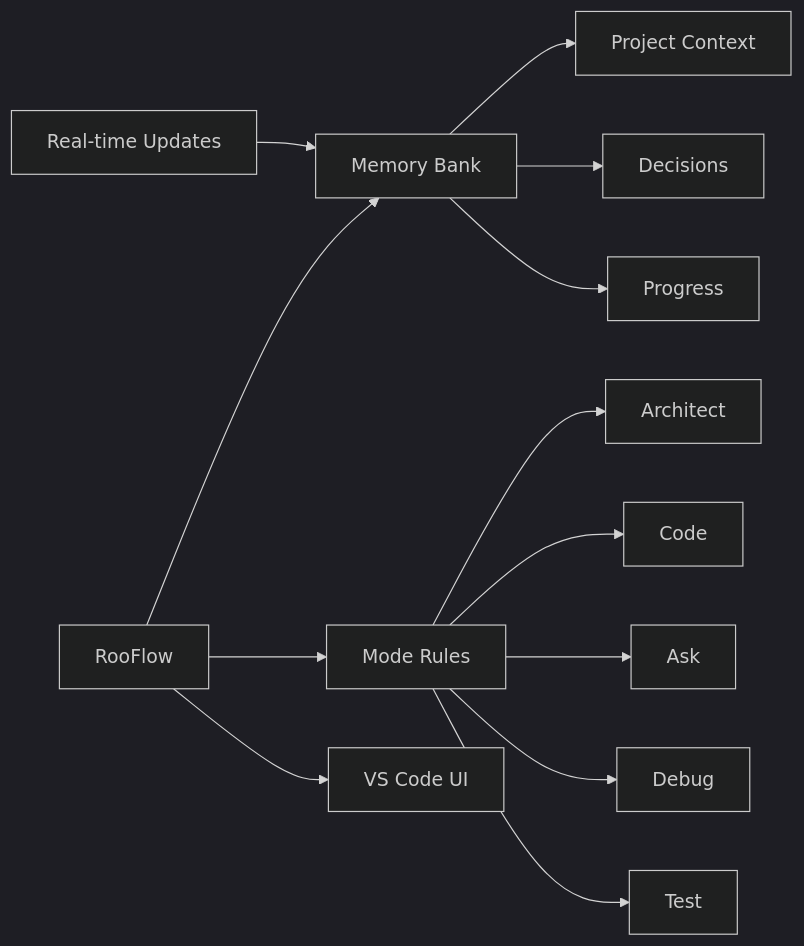
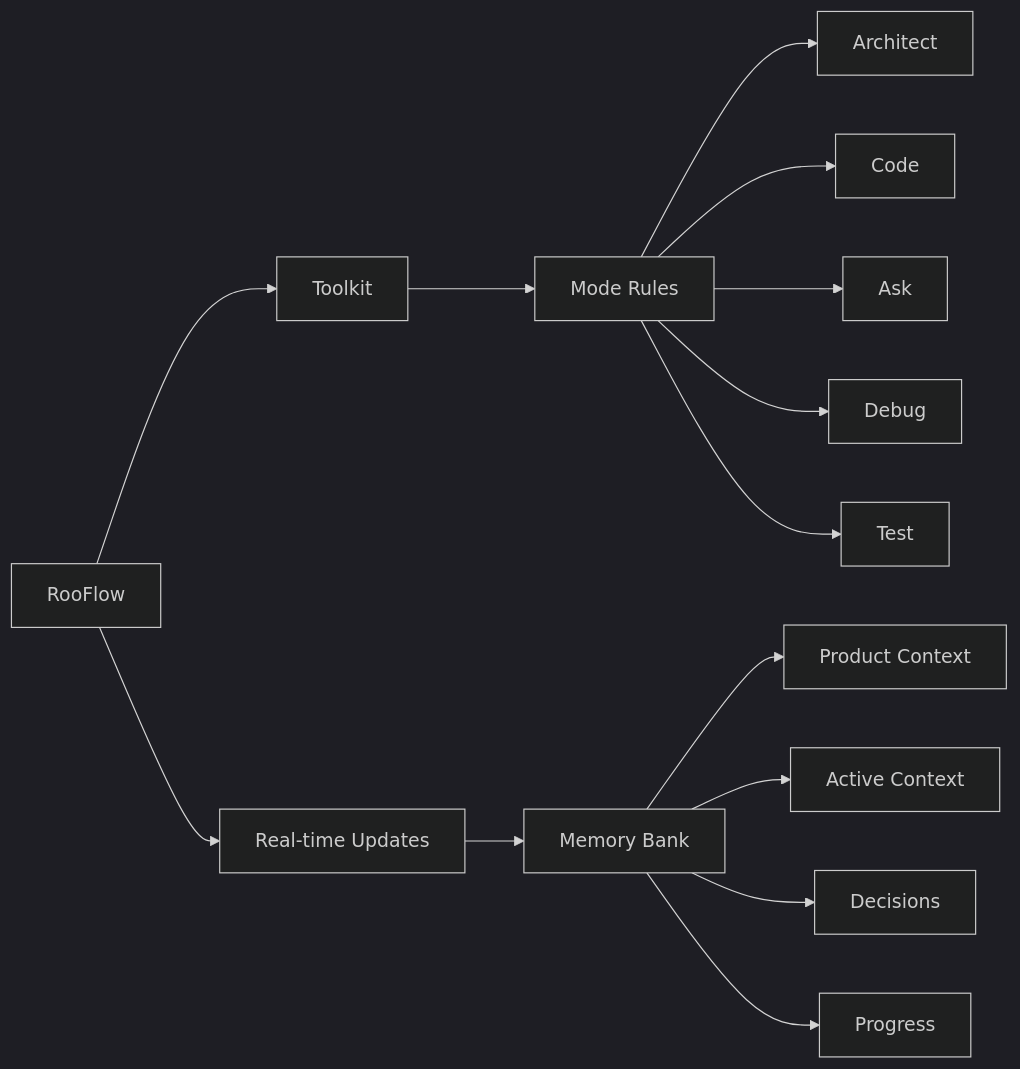
Before and after one commit to xlfish233/RooFlow: the diagram in README.md, drawn with Mermaid (dark theme). The commit also changed other lines of this file, not shown here.

````diff
--- a/README.md
+++ b/README.md
@@ -26,15 +26,9 @@
 ```mermaid
-graph LR
-    A[RooFlow] --> B[Memory Bank]
-    A --> C[Mode Rules]
-    A --> D[VS Code UI]
-    B --> E[Project Context]
-    B --> F[Decisions]
-    B --> G[Progress]
-    C --> H[Architect]
-    C --> I[Code]
-    C --> J[Ask]
-    C --> K[Debug]
-    C --> L[Test]
-    M[Real-time Updates] --> B
+flowchart LR
+    A["RooFlow"] --> D["Toolkit"]
+    A["RooFlow"] --> M["Real-time Updates"]
+    D --> C["Mode Rules"]
+    B["Memory Bank"] --> E["Product Context"] & N["Active Context"] & F["Decisions"] & G["Progress"]
+    C --> H["Architect"] & I["Code"] & J["Ask"] & K["Debug"] & L["Test"]
+    M["Real-time Updates"] --> B
 ```
````
